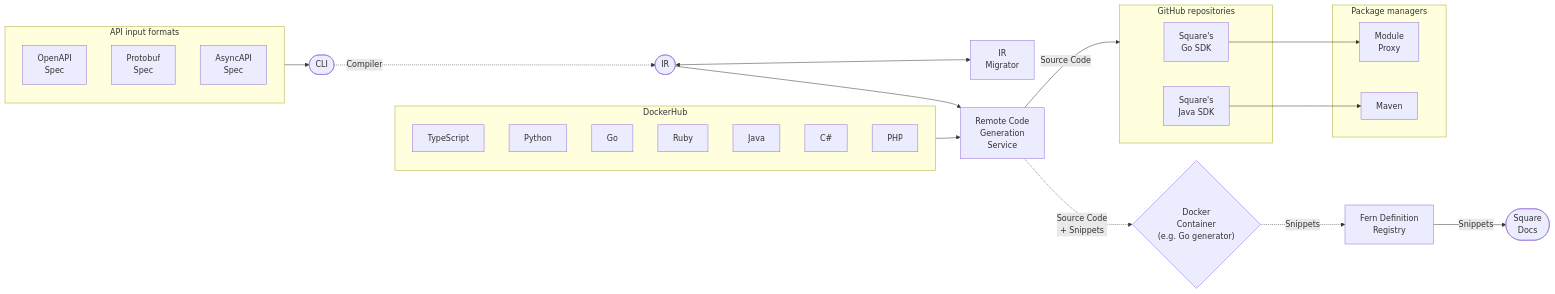
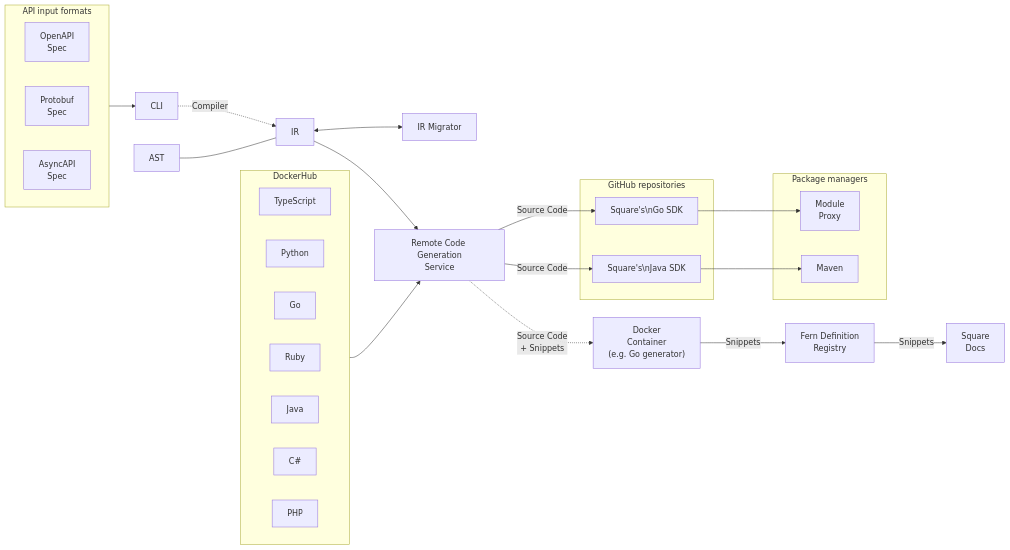
Before and after one commit to fern-api/docs: the second of 2 diagrams in fern/products/sdks/how-it-works.mdx, drawn with Mermaid.

Commit message:
Update mermaid diagram with exact user-provided syntax

````diff
--- a/fern/products/sdks/how-it-works.mdx
+++ b/fern/products/sdks/how-it-works.mdx
@@ -61,48 +61,48 @@
 ```mermaid
+---
+config:
+  layout: fixed
+---
 flowchart LR
-    subgraph inputs["API input formats"]
-        openapi["OpenAPI\nSpec"]
-        protobuf["Protobuf\nSpec"]
-        asyncapi["AsyncAPI\nSpec"]
-    end
+ subgraph API_INPUTS["API input formats"]
+    direction LR
+        OAS["OpenAPI\nSpec"]
+        PBS["Protobuf\nSpec"]
+        AAS["AsyncAPI\nSpec"]
+  end
+ subgraph DOCKERHUB["DockerHub"]
+    direction LR
+        TS["TypeScript"]
+        PY["Python"]
+        GO["Go"]
+        RB["Ruby"]
+        JV["Java"]
+        CS["C#"]
+        PHP["PHP"]
+  end
+ subgraph GITHUB["GitHub repositories"]
+        GO_SDK@{ label: "Square's\\nGo SDK" }
+        JAVA_SDK@{ label: "Square's\\nJava SDK" }
+  end
+ subgraph PKG_MGRS["Package managers"]
+        MODULE_PROXY["Module\nProxy"]
+        MAVEN["Maven"]
+  end
+    AAS L_AAS_CLI_0@--> CLI["CLI"]
+    CLI -. Compiler .-> IR["IR"]
+    AST_LABEL["AST"] --- IR
+    IR <--> IR_MIGRATOR["IR Migrator"]
+    IR --> RCGS["Remote Code Generation\nService"]
+    DOCKERHUB --> RCGS
+    RCGS -. Source Code\n+ Snippets .-> DOCKER_GEN["Docker\nContainer\n(e.g. Go generator)"]
+    DOCKER_GEN -- Snippets --> FERN_REG["Fern Definition\nRegistry"]
+    RCGS -- Source Code --> GO_SDK & JAVA_SDK
+    GO_SDK --> MODULE_PROXY
+    JAVA_SDK --> MAVEN
+    FERN_REG -- Snippets --> SQUARE_DOCS["Square\nDocs"]
 
-    subgraph dockerhub["DockerHub"]
-        ts["TypeScript"]
-        python["Python"]
-        go["Go"]
-        ruby["Ruby"]
-        java["Java"]
-        csharp["C#"]
-        php["PHP"]
-    end
+    GO_SDK@{ shape: rect}
+    JAVA_SDK@{ shape: rect}
 
-    subgraph repos["GitHub repositories"]
-        gosdk["Square's\nGo SDK"]
-        javasdk["Square's\nJava SDK"]
-    end
-
-    subgraph packages["Package managers"]
-        moduleproxy["Module\nProxy"]
-        maven["Maven"]
-    end
-
-    cli(["CLI"])
-    ir(["IR"])
-    migrator["IR\nMigrator"]
-    rcgs["Remote Code\nGeneration\nService"]
-    docker{"Docker\nContainer\n(e.g. Go generator)"}
-    registry["Fern Definition\nRegistry"]
-    docs(["Square\nDocs"])
-
-    inputs --> cli
-    cli -. "Compiler" .-> ir
-    ir <--> migrator
-    ir --> rcgs
-    dockerhub --> rcgs
-    rcgs -- "Source Code" --> repos
-    rcgs -. "Source Code\n+ Snippets" .-> docker
-    docker -. "Snippets" .-> registry
-    registry -- "Snippets" --> docs
-    gosdk --> moduleproxy
-    javasdk --> maven
+    L_AAS_CLI_0@{ curve: linear }
 ```
````
